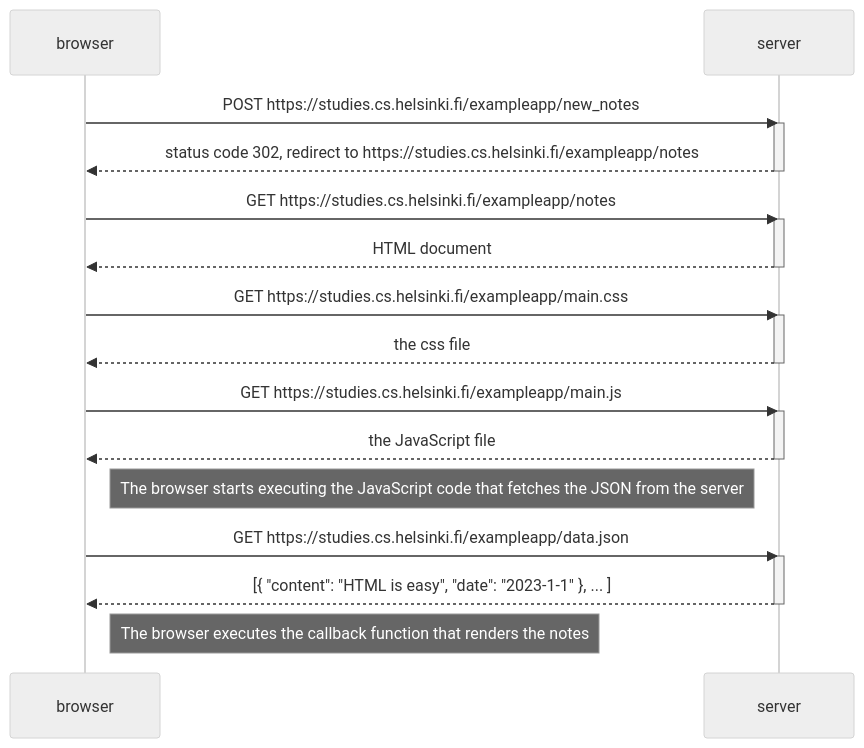
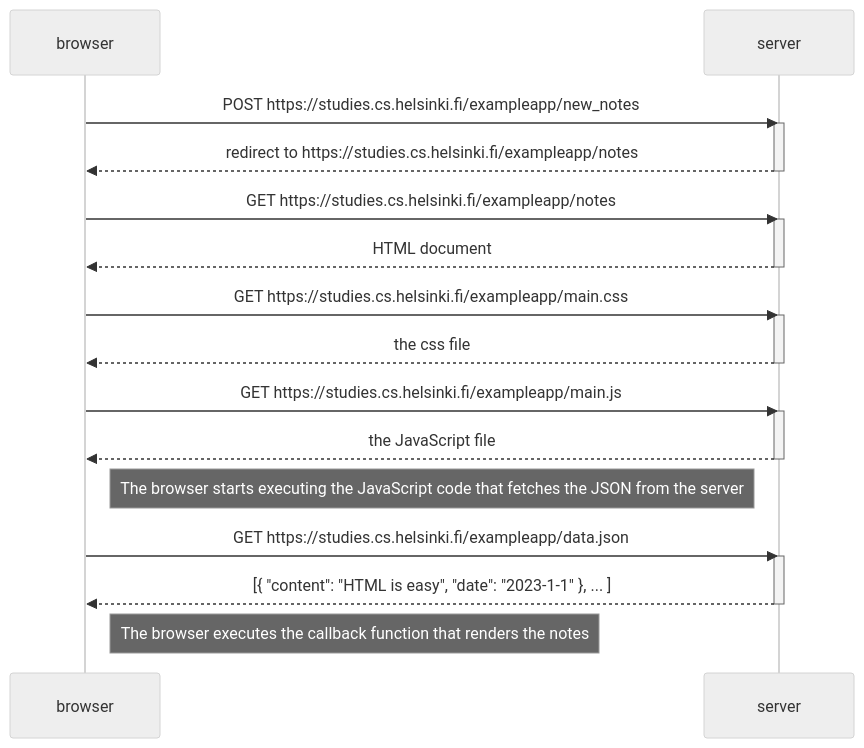
One commit to MattMunoz/Full-Stack-Helsinki changed the diagram in part 0/0_4.md. Above: the diagram before and after it, drawn with Mermaid (neutral theme).

````diff
--- a/part 0/0_4.md
+++ b/part 0/0_4.md
@@ -1,34 +1,34 @@
 ```mermaid
 sequenceDiagram
     participant browser
     participant server
 
     browser->>server: POST https://studies.cs.helsinki.fi/exampleapp/new_notes
     activate server
-    server-->>browser: status code 302, redirect to https://studies.cs.helsinki.fi/exampleapp/notes
+    server-->>browser: redirect to https://studies.cs.helsinki.fi/exampleapp/notes
     deactivate server
 
     browser->>server: GET https://studies.cs.helsinki.fi/exampleapp/notes
     activate server
     server-->>browser: HTML document
     deactivate server
 
     browser->>server: GET https://studies.cs.helsinki.fi/exampleapp/main.css
     activate server
     server-->>browser: the css file
     deactivate server
 
     browser->>server: GET https://studies.cs.helsinki.fi/exampleapp/main.js
     activate server
     server-->>browser: the JavaScript file
     deactivate server
 
     Note right of browser: The browser starts executing the JavaScript code that fetches the JSON from the server
 
     browser->>server: GET https://studies.cs.helsinki.fi/exampleapp/data.json
     activate server
     server-->>browser: [{ "content": "HTML is easy", "date": "2023-1-1" }, ... ]
     deactivate server
 
     Note right of browser: The browser executes the callback function that renders the notes
 ```
````
